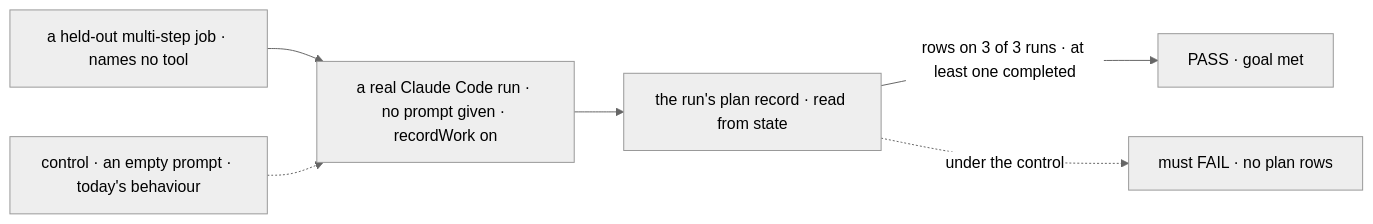
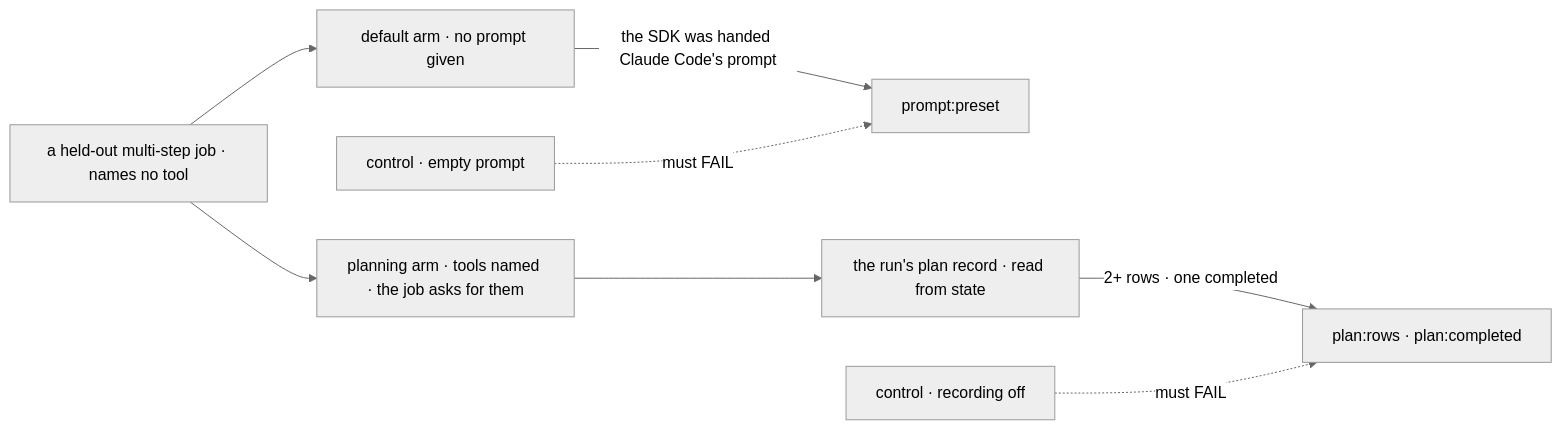
One commit to fixpoint-labs/flow-state-dev changed the diagram in specs/issues/FIX-1185/SPEC.md. Above: the diagram before and after it, drawn with Mermaid (neutral theme). The commit also changed other lines of this file and 4 other files, not shown here.

First line of the commit message:
spec(FIX-1185): amend after implementation: parity default, narrowed goal

````diff
--- a/specs/issues/FIX-1185/SPEC.md
+++ b/specs/issues/FIX-1185/SPEC.md
@@ -33,8 +43,10 @@
 ```mermaid
 flowchart LR
-  J["a held-out multi-step job · names no tool"] --> R["a real Claude Code run · no prompt given · recordWork on"]
-  R --> S["the run's plan record · read from state"]
-  S -->|"rows on 3 of 3 runs · at least one completed"| P["PASS · goal met"]
-  C["control · an empty prompt · today's behaviour"] -.-> R
-  S -.->|"under the control"| F["must FAIL · no plan rows"]
+  J["a held-out multi-step job · names no tool"] --> R["default arm · no prompt given"]
+  R -->|"the SDK was handed Claude Code's prompt"| P1["prompt:preset"]
+  J --> Q["planning arm · tools named · the job asks for them"]
+  Q --> S["the run's plan record · read from state"]
+  S -->|"2+ rows · one completed"| P2["plan:rows · plan:completed"]
+  C1["control · empty prompt"] -.->|"must FAIL"| P1
+  C2["control · recording off"] -.->|"must FAIL"| P2
 ```
````
